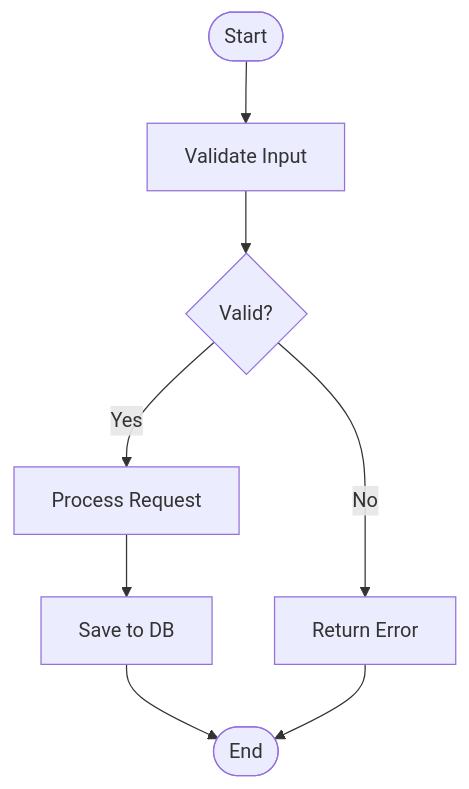
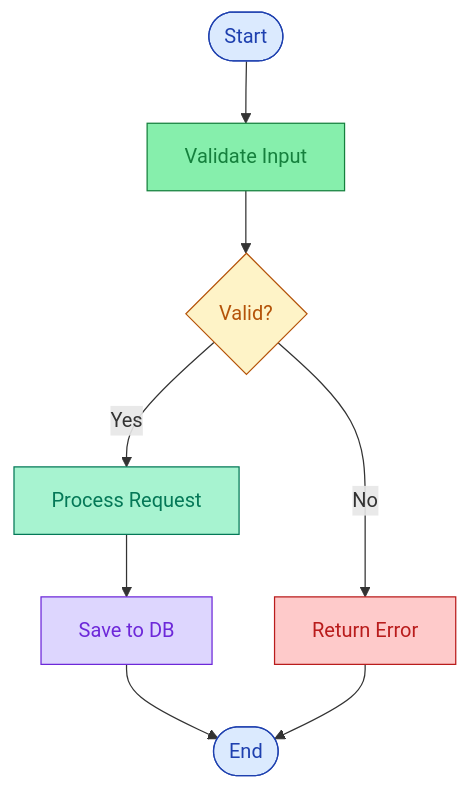
One commit to dev-eloper1/excalibrain changed the diagram in skill/references/diagram-recipes/flowchart.md. Above: the diagram before and after it, drawn with Mermaid. The commit also changed other lines of this file and 7 other files, not shown here.

````diff
--- a/skill/references/diagram-recipes/flowchart.md
+++ b/skill/references/diagram-recipes/flowchart.md
@@ -10,10 +12,17 @@
 ```mermaid
 flowchart TB
-    A([Start]) --> B[Validate Input]
-    B --> C{Valid?}
-    C -->|Yes| D[Process Request]
-    C -->|No| E[Return Error]
-    D --> F[Save to DB]
-    F --> G([End])
+    A([Start]):::start --> B[Validate Input]:::process
+    B --> C{Valid?}:::decision
+    C -->|Yes| D[Process Request]:::success
+    C -->|No| E[Return Error]:::error
+    D --> F[Save to DB]:::data
+    F --> G([End]):::start
     E --> G
+
+    classDef start fill:#dbeafe,stroke:#1e40af,color:#1e40af
+    classDef process fill:#86efac,stroke:#15803d,color:#15803d
+    classDef decision fill:#fef3c7,stroke:#b45309,color:#b45309
+    classDef error fill:#fecaca,stroke:#b91c1c,color:#b91c1c
+    classDef success fill:#a7f3d0,stroke:#047857,color:#047857
+    classDef data fill:#ddd6fe,stroke:#6d28d9,color:#6d28d9
 ```
````
